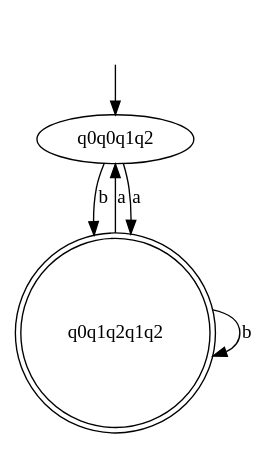
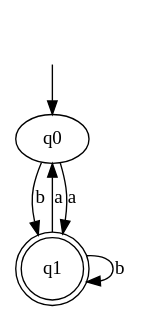
The diagram in FormeleMethode/graphviz/dotfiles/MinDfaExample1.dot (Joshua-Latusia/Formele-methode), drawn with Graphviz before and after one commit. The commit also changed 11 other files, not shown here.

```diff
--- a/FormeleMethode/graphviz/dotfiles/MinDfaExample1.dot
+++ b/FormeleMethode/graphviz/dotfiles/MinDfaExample1.dot
@@ -1,10 +1,10 @@
 digraph { 
  "" [shape=none]
- "q0q1q2q1q2" [shape=doublecircle]
+ "q1" [shape=doublecircle]
 
- "" -> "q0q0q1q2"
- "q0q0q1q2" -> "q0q1q2q1q2"[label="a", weight="a"]; 
- "q0q1q2q1q2" -> "q0q0q1q2"[label="a", weight="a"]; 
- "q0q1q2q1q2" -> "q0q1q2q1q2"[label="b", weight="b"]; 
- "q0q0q1q2" -> "q0q1q2q1q2"[label="b", weight="b"]; 
+ "" -> "q0"
+ "q0" -> "q1"[label="a", weight="a"]; 
+ "q1" -> "q0"[label="a", weight="a"]; 
+ "q1" -> "q1"[label="b", weight="b"]; 
+ "q0" -> "q1"[label="b", weight="b"]; 
 }
```
